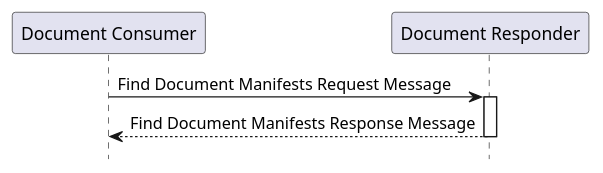
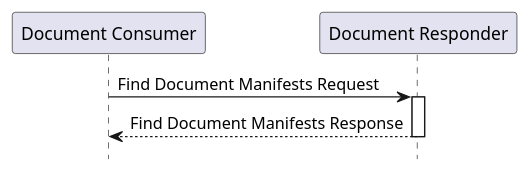
Before and after one commit to ohr/minimal-mistakes: the diagram in _src/iti66.plantuml, drawn with PlantUML. The commit also changed 61 other files, not shown here.

```diff
--- a/_src/iti66.plantuml
+++ b/_src/iti66.plantuml
@@ -1,13 +1,13 @@
 @startuml
 hide footbox
 
 participant "Document Consumer" as C
 participant "Document Responder" as R
 
-C -> R : Find Document Manifests Request Message
+C -> R : Find Document Manifests Request
 activate R
-R --> C : Find Document Manifests Response Message
+R --> C : Find Document Manifests Response
 deactivate R
 
 
 @enduml
```
